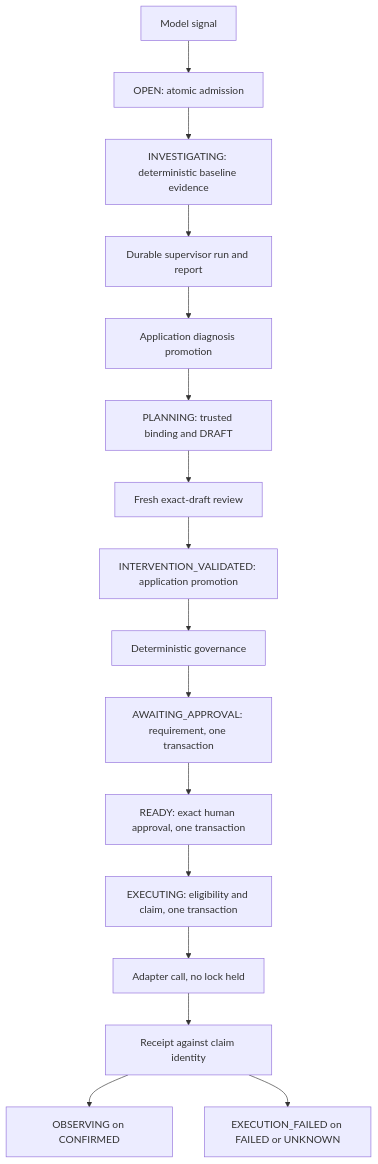
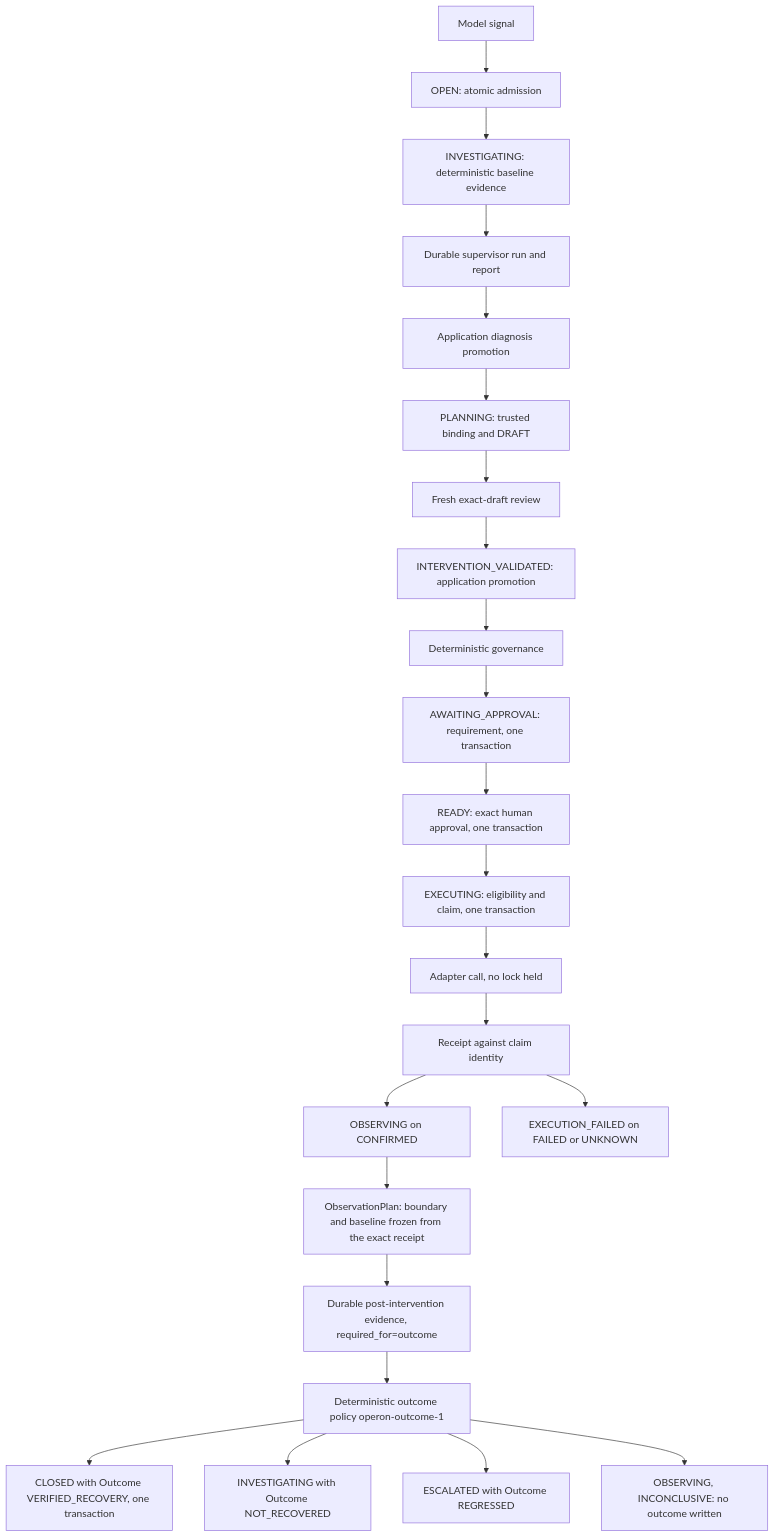
One commit to DyausG/operon changed the first of 2 diagrams in docs/OPERON_ARCHITECTURE.md. Above: the diagram before and after it, drawn with Mermaid. The commit also changed other lines of this file and 16 other files, not shown here.

````diff
--- a/docs/OPERON_ARCHITECTURE.md
+++ b/docs/OPERON_ARCHITECTURE.md
@@ -27,18 +29,25 @@
 ```mermaid
 flowchart TD
     P[Model signal] --> O[OPEN: atomic admission]
     O --> I[INVESTIGATING: deterministic baseline evidence]
     I --> R[Durable supervisor run and report]
     R --> D[Application diagnosis promotion]
     D --> PL[PLANNING: trusted binding and DRAFT]
     PL --> RV[Fresh exact-draft review]
     RV --> IV[INTERVENTION_VALIDATED: application promotion]
     IV --> G[Deterministic governance]
     G --> AA[AWAITING_APPROVAL: requirement, one transaction]
     AA --> RD[READY: exact human approval, one transaction]
     RD --> EX[EXECUTING: eligibility and claim, one transaction]
     EX --> AD[Adapter call, no lock held]
     AD --> RC[Receipt against claim identity]
     RC --> OB[OBSERVING on CONFIRMED]
     RC --> EF[EXECUTION_FAILED on FAILED or UNKNOWN]
+    OB --> OP[ObservationPlan: boundary and baseline frozen from the exact receipt]
+    OP --> OE[Durable post-intervention evidence, required_for=outcome]
+    OE --> OV[Deterministic outcome policy operon-outcome-1]
+    OV --> CL[CLOSED with Outcome VERIFIED_RECOVERY, one transaction]
+    OV --> RI[INVESTIGATING with Outcome NOT_RECOVERED]
+    OV --> ES[ESCALATED with Outcome REGRESSED]
+    OV --> OB2[OBSERVING, INCONCLUSIVE: no outcome written]
 ```
````
